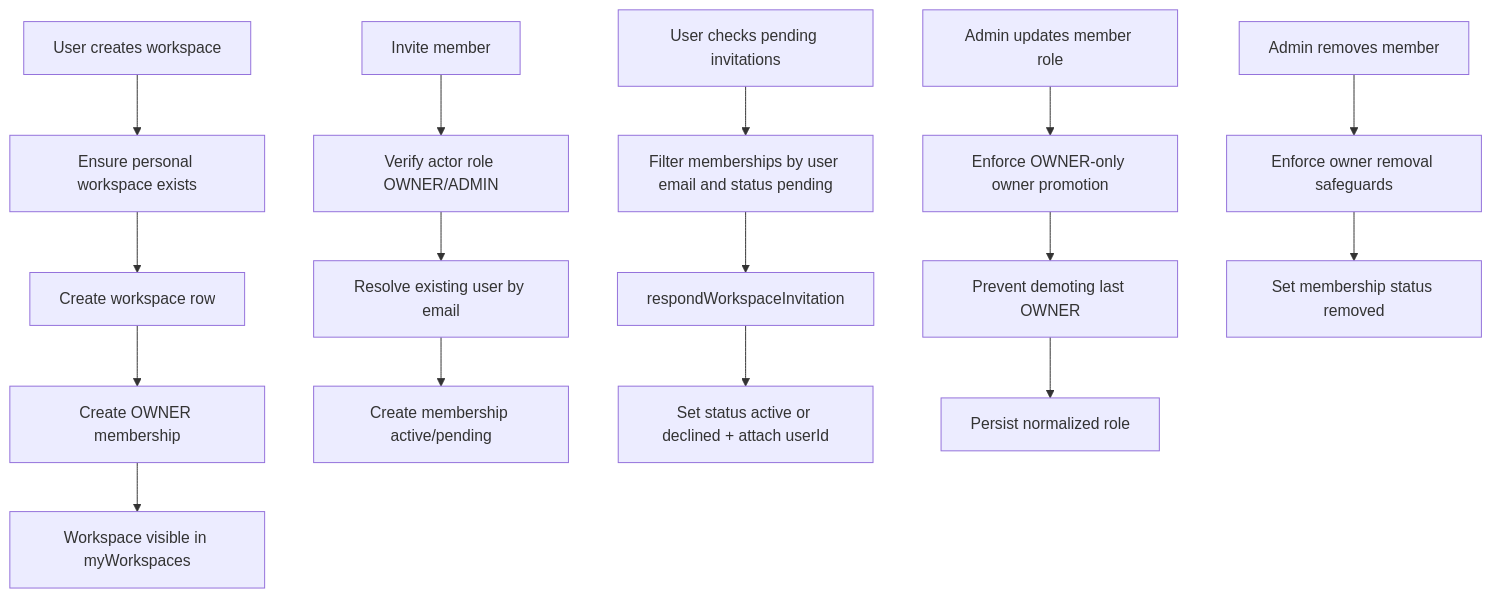
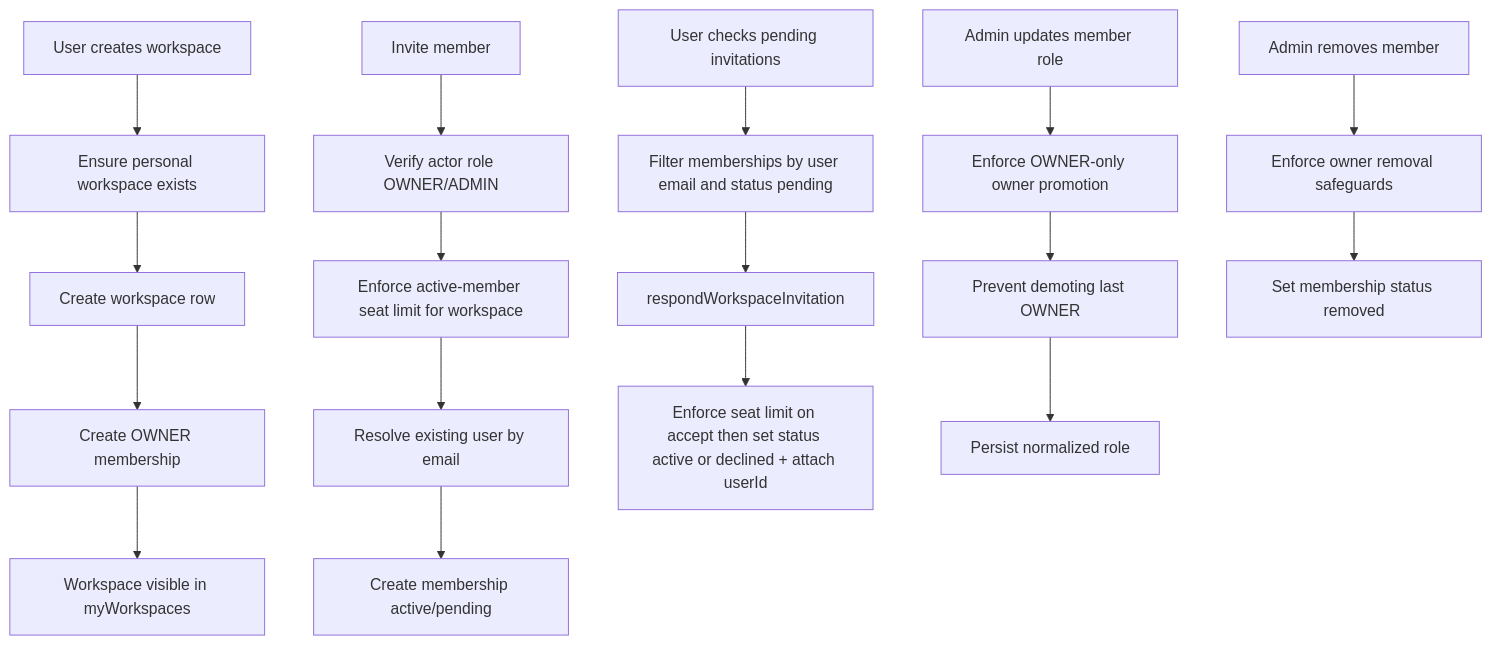
Before and after one commit to AmanVatsSharma/MailZen-Smart-Email-Management: the diagram in apps/backend/src/workspace/README.md, drawn with Mermaid. The commit also changed other lines of this file and 13 other files, not shown here.

Commit message:
Enforce workspace member seat entitlements

````diff
--- a/apps/backend/src/workspace/README.md
+++ b/apps/backend/src/workspace/README.md
@@ -41,22 +42,23 @@
 ```mermaid
 flowchart TD
   A[User creates workspace] --> B[Ensure personal workspace exists]
   B --> C[Create workspace row]
   C --> D[Create OWNER membership]
   D --> E[Workspace visible in myWorkspaces]
 
   F[Invite member] --> G[Verify actor role OWNER/ADMIN]
-  G --> H[Resolve existing user by email]
+  G --> G1[Enforce active-member seat limit for workspace]
+  G1 --> H[Resolve existing user by email]
   H --> I[Create membership active/pending]
 
   J[User checks pending invitations] --> K[Filter memberships by user email and status pending]
   K --> L[respondWorkspaceInvitation]
-  L --> M[Set status active or declined + attach userId]
+  L --> M[Enforce seat limit on accept then set status active or declined + attach userId]
 
   N[Admin updates member role] --> O[Enforce OWNER-only owner promotion]
   O --> P[Prevent demoting last OWNER]
   P --> Q[Persist normalized role]
 
   R[Admin removes member] --> S[Enforce owner removal safeguards]
   S --> T[Set membership status removed]
 ```
````
